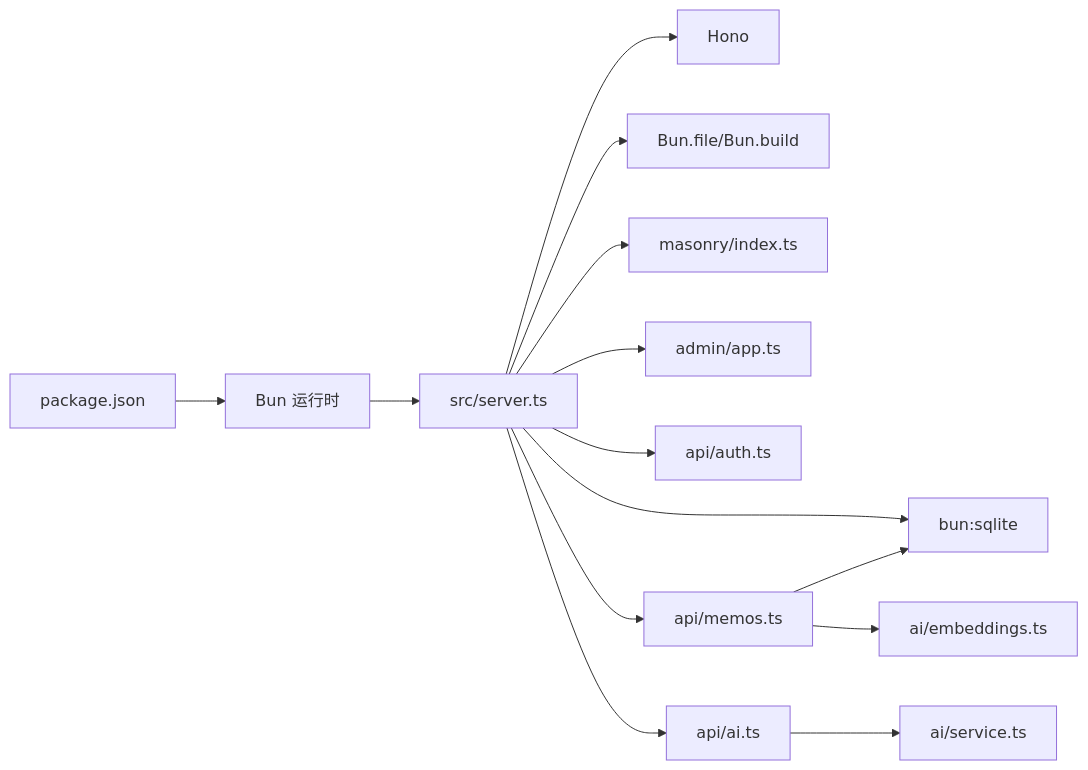
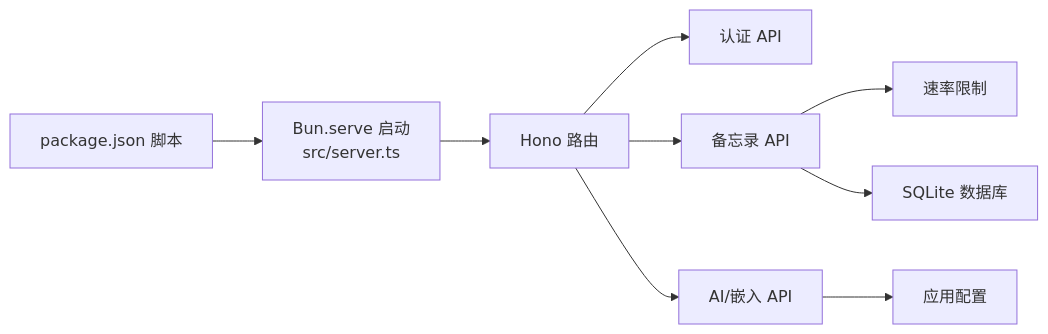
The seventh of 7 diagrams in .qoder/repowiki/zh/content/故障排除.md (BlackBoxRecorder/memos), drawn with Mermaid before and after one commit. The commit also changed other lines of this file and 83 other files, not shown here.

````diff
--- a/.qoder/repowiki/zh/content/故障排除.md
+++ b/.qoder/repowiki/zh/content/故障排除.md
@@ -285,16 +328,11 @@
 ```mermaid
 graph LR
-P["package.json"] --> Bun["Bun 运行时"]
-Bun --> S["src/server.ts"]
-S --> Hono["Hono"]
-S --> FS["Bun.file/Bun.build"]
-S --> DB["bun:sqlite"]
-S --> FE1["masonry/index.ts"]
-S --> FE2["admin/app.ts"]
-S --> APIAuth["api/auth.ts"]
-S --> APIMemos["api/memos.ts"]
-S --> APIAI["api/ai.ts"]
-APIAI --> SVC["ai/service.ts"]
-APIMemos --> DB
-APIMemos --> EMB["ai/embeddings.ts"]
+P["package.json 脚本"] --> S["Bun.serve 启动<br/>src/server.ts"]
+S --> H["Hono 路由"]
+H --> A1["认证 API"]
+H --> A2["备忘录 API"]
+H --> A3["AI/嵌入 API"]
+A2 --> RL["速率限制"]
+A2 --> DB["SQLite 数据库"]
+A3 --> CFG["应用配置"]
 ```
````
